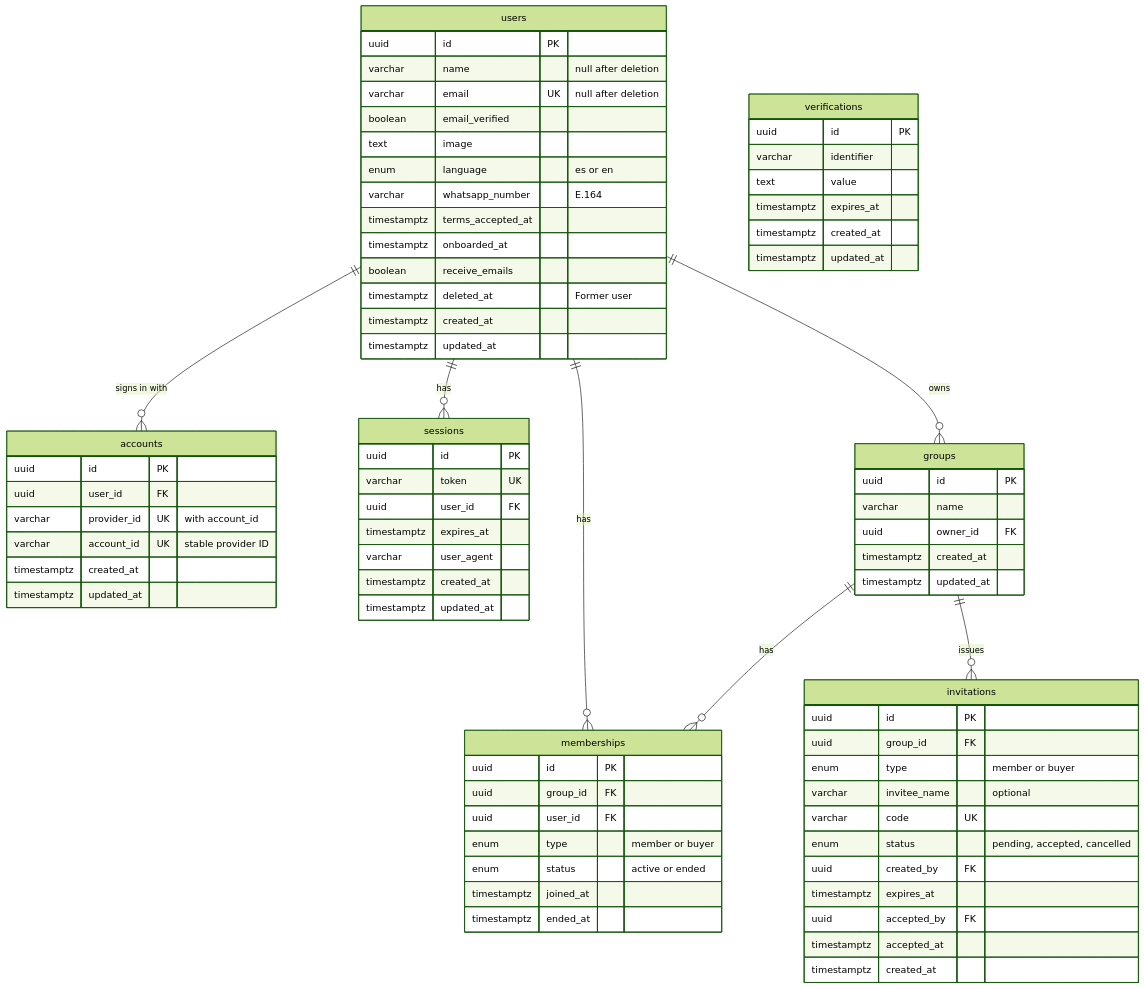
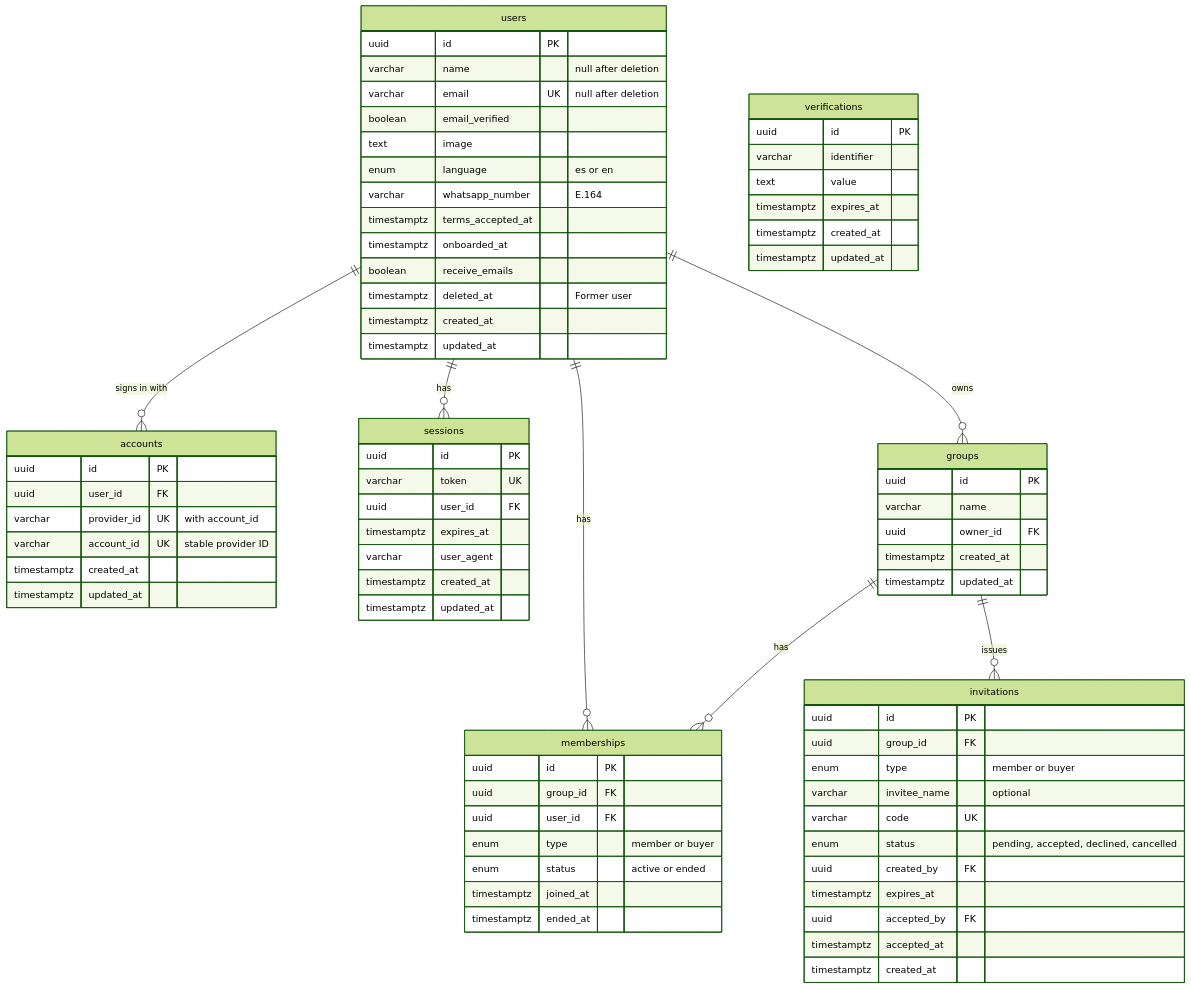
One commit to LIDR-academy-temp/AI4Devs-finalproject changed the second of 4 diagrams in docs/04-DATA-MODEL.md. Above: the diagram before and after it, drawn with Mermaid (forest theme). The commit also changed other lines of this file and 61 other files, not shown here.

````diff
--- a/docs/04-DATA-MODEL.md
+++ b/docs/04-DATA-MODEL.md
@@ -39,79 +39,79 @@
 ```mermaid
 erDiagram
     users ||--o{ accounts : "signs in with"
     users ||--o{ sessions : "has"
     users ||--o{ memberships : "has"
     groups ||--o{ memberships : "has"
     users ||--o{ groups : "owns"
     groups ||--o{ invitations : "issues"
 
     users {
         uuid id PK
         varchar name "null after deletion"
         varchar email UK "null after deletion"
         boolean email_verified
         text image
         enum language "es or en"
         varchar whatsapp_number "E.164"
         timestamptz terms_accepted_at
         timestamptz onboarded_at
         boolean receive_emails
         timestamptz deleted_at "Former user"
         timestamptz created_at
         timestamptz updated_at
     }
     accounts {
         uuid id PK
         uuid user_id FK
         varchar provider_id UK "with account_id"
         varchar account_id UK "stable provider ID"
         timestamptz created_at
         timestamptz updated_at
     }
     sessions {
         uuid id PK
         varchar token UK
         uuid user_id FK
         timestamptz expires_at
         varchar user_agent
         timestamptz created_at
         timestamptz updated_at
     }
     verifications {
         uuid id PK
         varchar identifier
         text value
         timestamptz expires_at
         timestamptz created_at
         timestamptz updated_at
     }
     groups {
         uuid id PK
         varchar name
         uuid owner_id FK
         timestamptz created_at
         timestamptz updated_at
     }
     memberships {
         uuid id PK
         uuid group_id FK
         uuid user_id FK
         enum type "member or buyer"
         enum status "active or ended"
         timestamptz joined_at
         timestamptz ended_at
     }
     invitations {
         uuid id PK
         uuid group_id FK
         enum type "member or buyer"
         varchar invitee_name "optional"
         varchar code UK
-        enum status "pending, accepted, cancelled"
+        enum status "pending, accepted, declined, cancelled"
         uuid created_by FK
         timestamptz expires_at
         uuid accepted_by FK
         timestamptz accepted_at
         timestamptz created_at
     }
 ```
````
